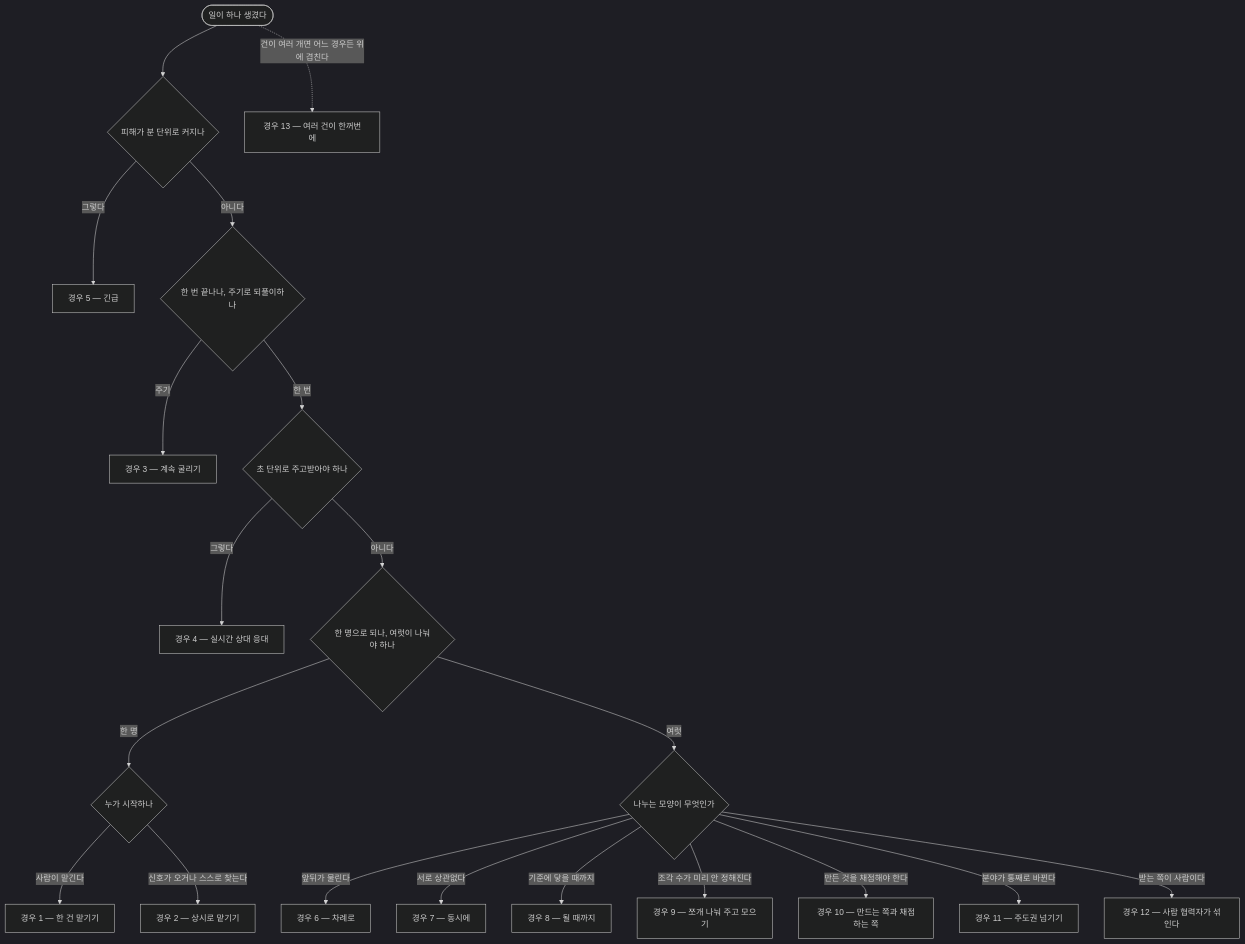
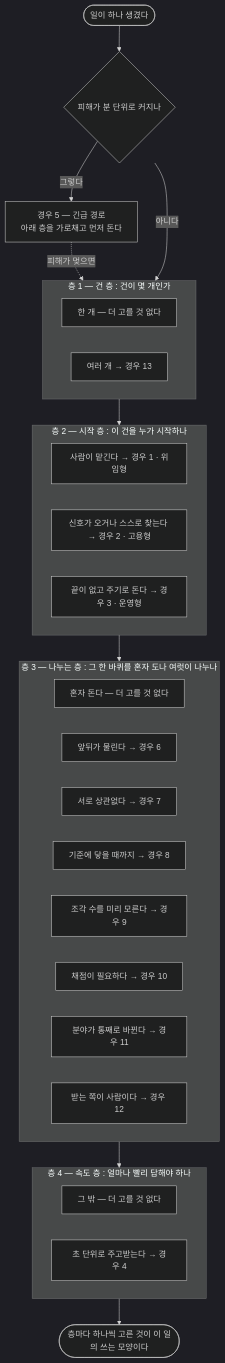
The third of 17 diagrams in 전문가 에이전트 정의.md (harisbaguette/expert), drawn with Mermaid (dark theme) before and after one commit. The commit also changed other lines of this file, not shown here.

````diff
--- a/전문가 에이전트 정의.md
+++ b/전문가 에이전트 정의.md
@@ -2799,42 +2800,39 @@
 ```mermaid
 flowchart TB
     Q(["일이 하나 생겼다"])
-    E{"피해가 분 단위로 커지나"}
-    C5["경우 5 — 긴급"]
-    R{"한 번 끝나나, 주기로 되풀이하나"}
-    C3["경우 3 — 계속 굴리기"]
-    T{"초 단위로 주고받아야 하나"}
-    C4["경우 4 — 실시간 상대 응대"]
-    N{"한 명으로 되나, 여럿이 나눠야 하나"}
-    W{"누가 시작하나"}
-    C1["경우 1 — 한 건 맡기기"]
-    C2["경우 2 — 상시로 맡기기"]
-    M{"나누는 모양이 무엇인가"}
-    C6["경우 6 — 차례로"]
-    C7["경우 7 — 동시에"]
-    C8["경우 8 — 될 때까지"]
-    C9["경우 9 — 쪼개 나눠 주고 모으기"]
-    C10["경우 10 — 만드는 쪽과 채점하는 쪽"]
-    C11["경우 11 — 주도권 넘기기"]
-    C12["경우 12 — 사람 협력자가 섞인다"]
-    C13["경우 13 — 여러 건이 한꺼번에"]
-    Q --> E
-    E -- "그렇다" --> C5
-    E -- "아니다" --> R
-    R -- "주기" --> C3
-    R -- "한 번" --> T
-    T -- "그렇다" --> C4
-    T -- "아니다" --> N
-    N -- "한 명" --> W
-    W -- "사람이 맡긴다" --> C1
-    W -- "신호가 오거나 스스로 찾는다" --> C2
-    N -- "여럿" --> M
-    M -- "앞뒤가 물린다" --> C6
-    M -- "서로 상관없다" --> C7
-    M -- "기준에 닿을 때까지" --> C8
-    M -- "조각 수가 미리 안 정해진다" --> C9
-    M -- "만든 것을 채점해야 한다" --> C10
-    M -- "분야가 통째로 바뀐다" --> C11
-    M -- "받는 쪽이 사람이다" --> C12
-    Q -. "건이 여러 개면 어느 경우든 위에 겹친다" .-> C13
+    L0{"피해가 분 단위로 커지나"}
+    C5["경우 5 — 긴급 경로<br/>아래 층을 가로채고 먼저 돈다"]
+    subgraph LA["층 1 — 건 층 : 건이 몇 개인가"]
+        direction LR
+        A0["한 개 — 더 고를 것 없다"]
+        C13["여러 개 → 경우 13"]
+    end
+    subgraph LB["층 2 — 시작 층 : 이 건을 누가 시작하나"]
+        direction LR
+        C1["사람이 맡긴다 → 경우 1 · 위임형"]
+        C2["신호가 오거나 스스로 찾는다 → 경우 2 · 고용형"]
+        C3["끝이 없고 주기로 돈다 → 경우 3 · 운영형"]
+    end
+    subgraph LC["층 3 — 나누는 층 : 그 한 바퀴를 혼자 도나 여럿이 나누나"]
+        direction LR
+        S0["혼자 돈다 — 더 고를 것 없다"]
+        C6["앞뒤가 물린다 → 경우 6"]
+        C7["서로 상관없다 → 경우 7"]
+        C8["기준에 닿을 때까지 → 경우 8"]
+        C9["조각 수를 미리 모른다 → 경우 9"]
+        C10["채점이 필요하다 → 경우 10"]
+        C11["분야가 통째로 바뀐다 → 경우 11"]
+        C12["받는 쪽이 사람이다 → 경우 12"]
+    end
+    subgraph LD["층 4 — 속도 층 : 얼마나 빨리 답해야 하나"]
+        direction LR
+        T0["그 밖 — 더 고를 것 없다"]
+        C4["초 단위로 주고받는다 → 경우 4"]
+    end
+    OUT(["층마다 하나씩 고른 것이 이 일의 쓰는 모양이다"])
+    Q --> L0
+    L0 -- "그렇다" --> C5
+    C5 -. "피해가 멎으면" .-> LA
+    L0 -- "아니다" --> LA
+    LA --> LB --> LC --> LD --> OUT
 ```
````
